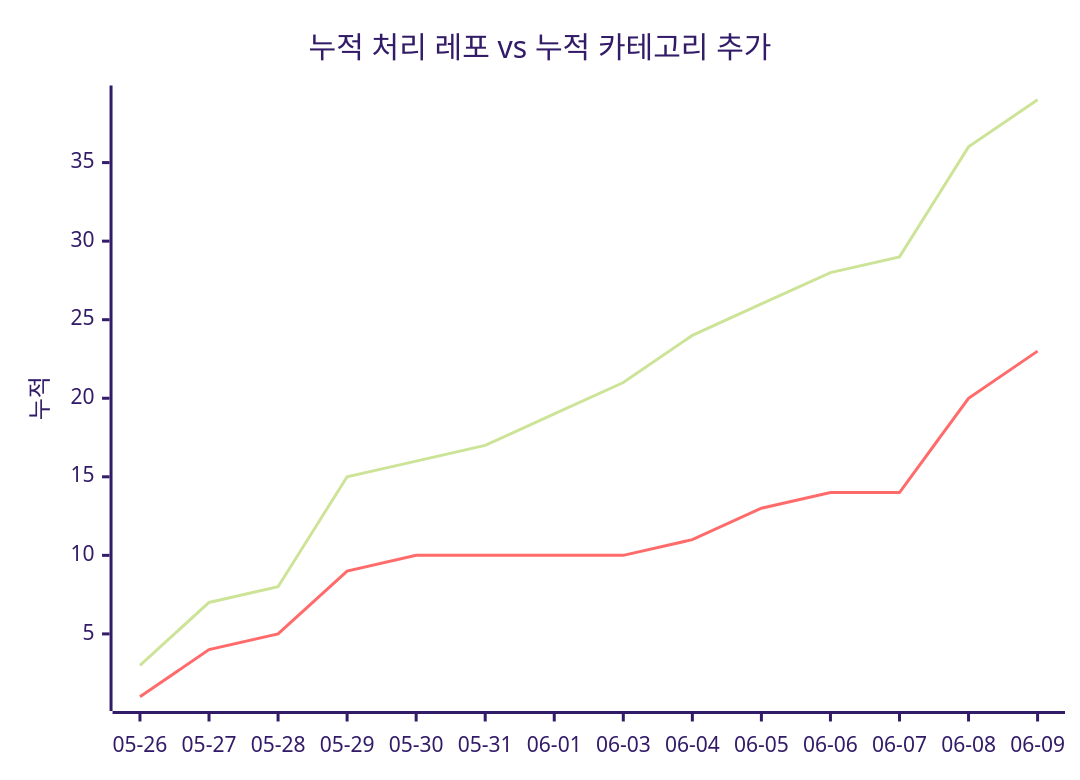
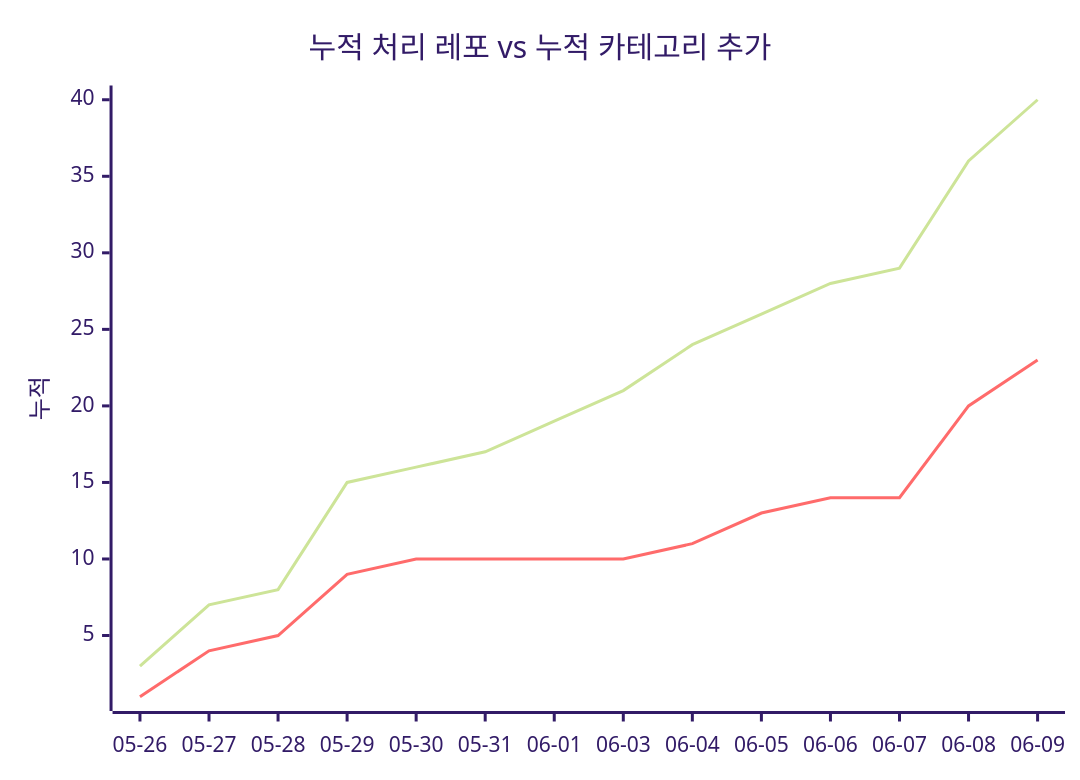
One commit to J-nowcow/awesome-korean-agent-skills changed the second of 2 diagrams in docs/trends.md. Above: the diagram before and after it, drawn with Mermaid (forest theme). The commit also changed other lines of this file and 2 other files, not shown here.

````diff
--- a/docs/trends.md
+++ b/docs/trends.md
@@ -68,8 +68,8 @@
 ```mermaid
 xychart-beta
     title "누적 처리 레포 vs 누적 카테고리 추가"
     x-axis ["05-26","05-27","05-28","05-29","05-30","05-31","06-01","06-03","06-04","06-05","06-06","06-07","06-08","06-09"]
     y-axis "누적"
-    line [3,7,8,15,16,17,19,21,24,26,28,29,36,39]
+    line [3,7,8,15,16,17,19,21,24,26,28,29,36,40]
     line [1,4,5,9,10,10,10,10,11,13,14,14,20,23]
 ```
````
